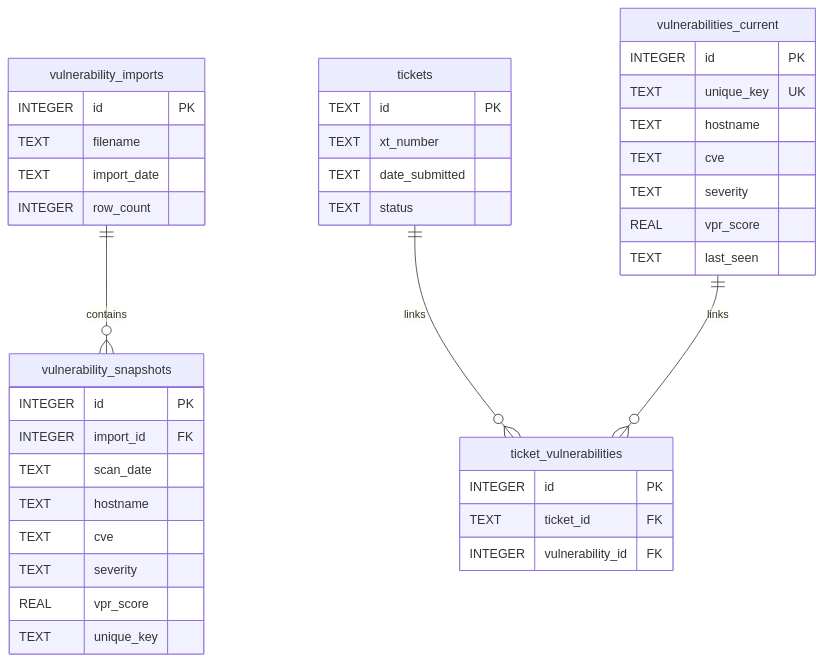
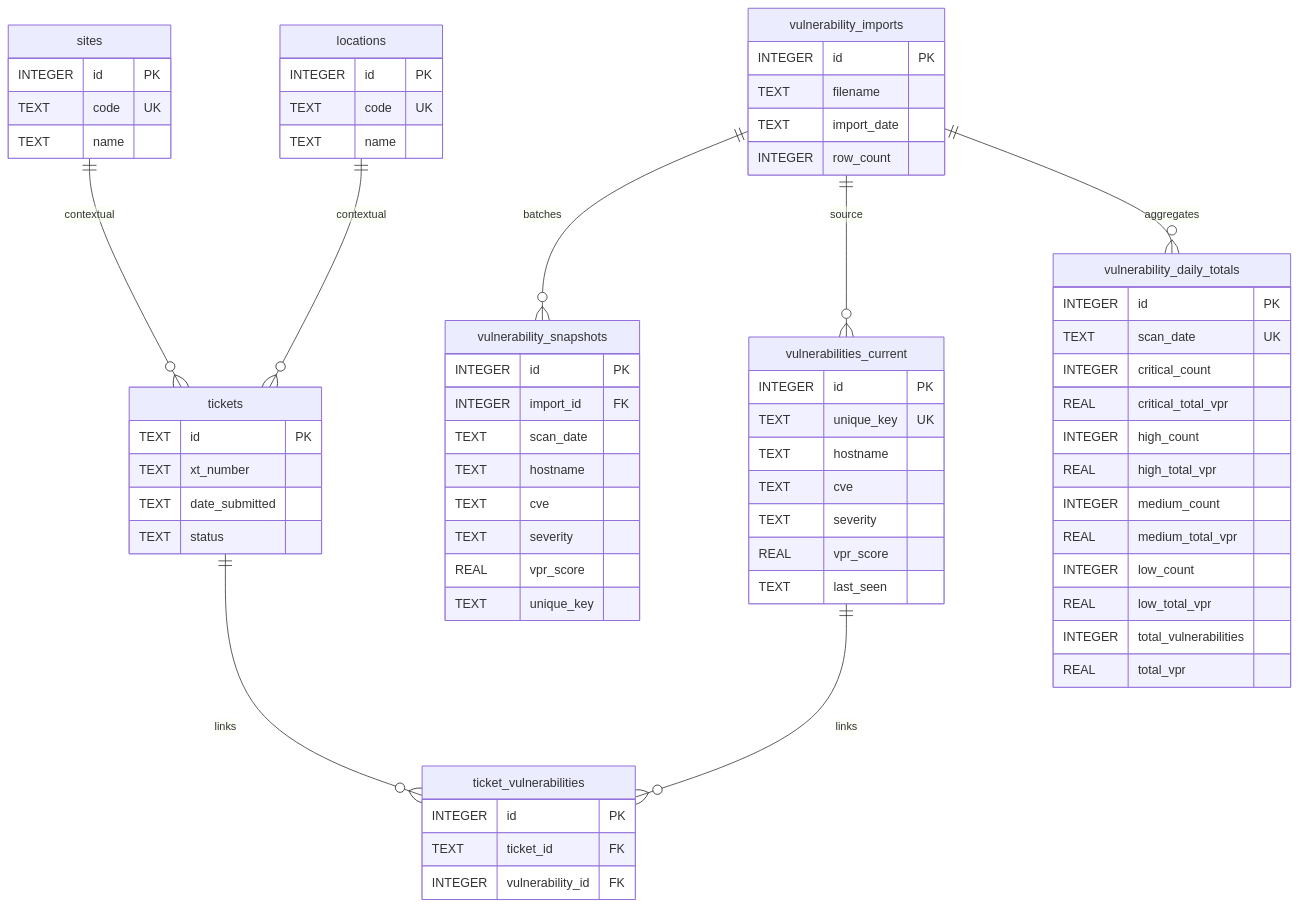
One commit to lbruton/HexTrackr changed the first of 3 diagrams in docs-source/architecture/database.md. Above: the diagram before and after it, drawn with Mermaid. The commit also changed other lines of this file and 139 other files, not shown here.

````diff
--- a/docs-source/architecture/database.md
+++ b/docs-source/architecture/database.md
@@ -19,47 +17,78 @@
 ```mermaid
 erDiagram
-    vulnerability_imports ||--o{ vulnerability_snapshots : contains
+    vulnerability_imports ||--o{ vulnerability_snapshots : batches
+    vulnerability_imports ||--o{ vulnerabilities_current : source
+    vulnerability_imports ||--o{ vulnerability_daily_totals : aggregates
     tickets ||--o{ ticket_vulnerabilities : links
     vulnerabilities_current ||--o{ ticket_vulnerabilities : links
+    sites ||--o{ tickets : contextual
+    locations ||--o{ tickets : contextual
 
     vulnerability_imports {
         INTEGER id PK
         TEXT filename
         TEXT import_date
         INTEGER row_count
     }
 
     vulnerability_snapshots {
         INTEGER id PK
         INTEGER import_id FK
         TEXT scan_date
         TEXT hostname
         TEXT cve
         TEXT severity
         REAL vpr_score
         TEXT unique_key
     }
 
     vulnerabilities_current {
         INTEGER id PK
         TEXT unique_key UK
         TEXT hostname
         TEXT cve
         TEXT severity
         REAL vpr_score
         TEXT last_seen
     }
 
+    vulnerability_daily_totals {
+        INTEGER id PK
+        TEXT scan_date UK
+        INTEGER critical_count
+        REAL critical_total_vpr
+        INTEGER high_count
+        REAL high_total_vpr
+        INTEGER medium_count
+        REAL medium_total_vpr
+        INTEGER low_count
+        REAL low_total_vpr
+        INTEGER total_vulnerabilities
+        REAL total_vpr
+    }
+
+    sites {
+        INTEGER id PK
+        TEXT code UK
+        TEXT name
+    }
+
+    locations {
+        INTEGER id PK
+        TEXT code UK
+        TEXT name
+    }
+
     tickets {
         TEXT id PK
         TEXT xt_number
         TEXT date_submitted
         TEXT status
     }
 
     ticket_vulnerabilities {
         INTEGER id PK
         TEXT ticket_id FK
         INTEGER vulnerability_id FK
     }
 ```
````
